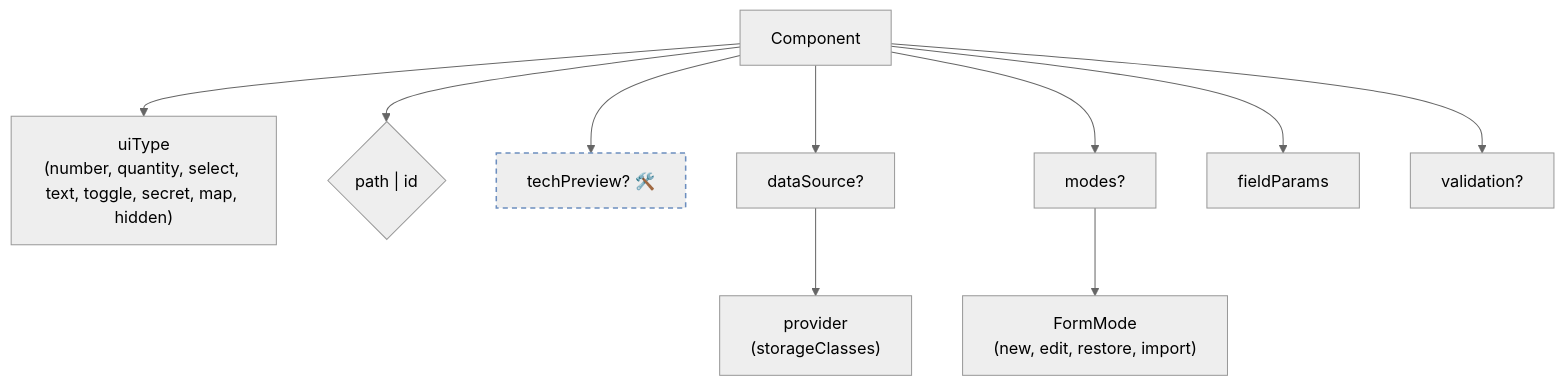
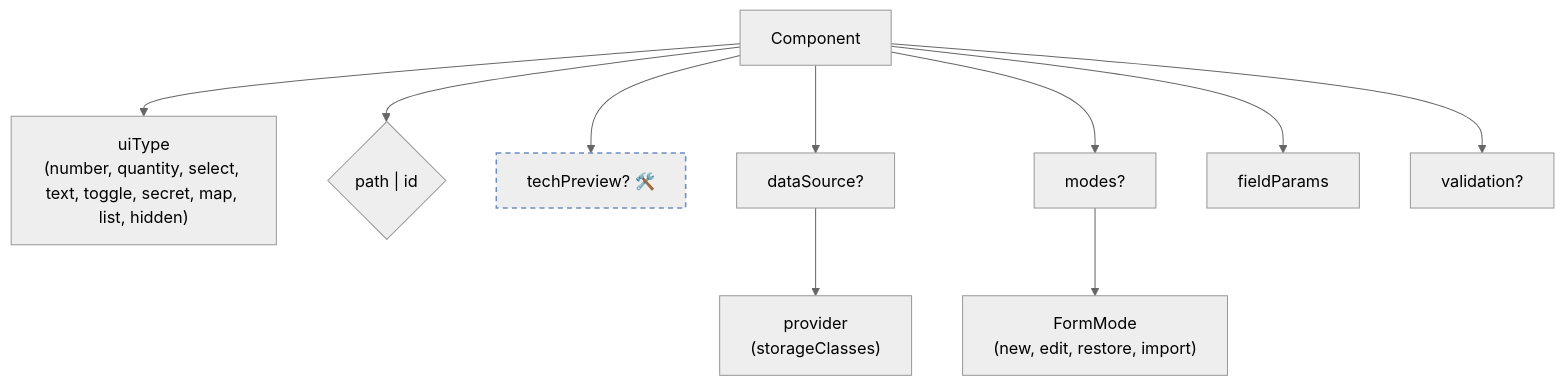
Before and after one commit to openeverest/openeverest: the third of 8 diagrams in docs/ui/architecture/ui-generator/schema-reference.md, drawn with Mermaid (neutral theme). The commit also changed other lines of this file and 73 other files, not shown here.

````diff
--- a/docs/ui/architecture/ui-generator/schema-reference.md
+++ b/docs/ui/architecture/ui-generator/schema-reference.md
@@ -50,15 +50,15 @@
 ```mermaid
 flowchart TD
-  CMP["Component"] --> UT["uiType<br/>(number, quantity, select, text, toggle, secret, map, hidden)"]
+  CMP["Component"] --> UT["uiType<br/>(number, quantity, select, text, toggle, secret, map, list, hidden)"]
   CMP --> PID{"path | id"}
   CMP --> TP2["techPreview? 🛠️"]
   CMP --> DS2["dataSource?"]
   DS2 --> PROVIDER["provider<br/>(storageClasses)"]
   CMP --> MOD2["modes?"]
   MOD2 --> FORM_MODE["FormMode<br/>(new, edit, restore, import)"]
   CMP --> FP2["fieldParams"]
   CMP --> VAL2["validation?"]
 
   classDef planned stroke-dasharray:5 4,stroke:#6c8ebf,stroke-width:1.5px;
   class TP2 planned;
 ```
````
